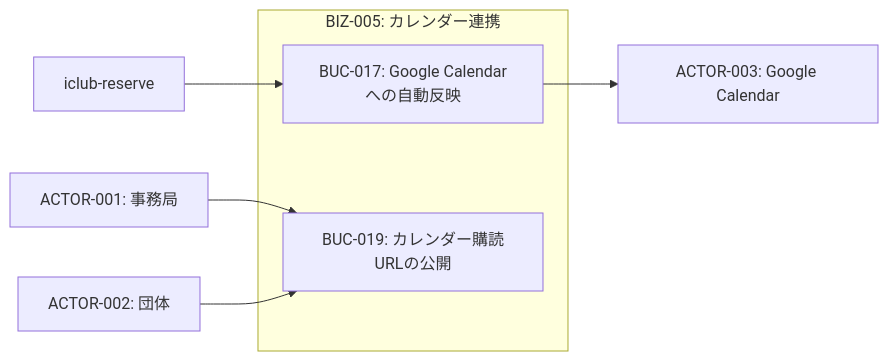
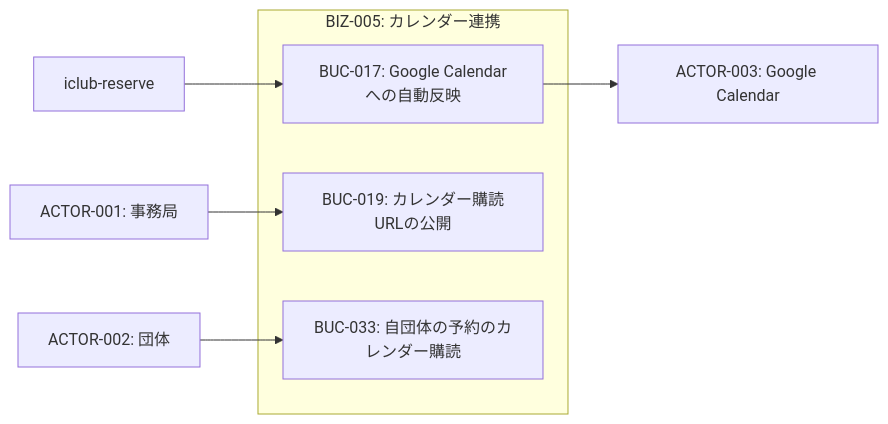
Before and after one commit to gdsc-osaka/iclub-reserve: the first of 4 diagrams in rdra/contexts/calendar-integration.md, drawn with Mermaid. The commit also changed other lines of this file and 9 other files, not shown here.

````diff
--- a/rdra/contexts/calendar-integration.md
+++ b/rdra/contexts/calendar-integration.md
@@ -111,17 +153,18 @@
 ```mermaid
 graph LR
     actor1["ACTOR-001: 事務局"]
     actor2["ACTOR-002: 団体"]
     system["iclub-reserve"]
     ext["ACTOR-003: Google Calendar"]
 
     subgraph biz5["BIZ-005: カレンダー連携"]
         buc17["BUC-017: Google Calendarへの自動反映"]
         buc19["BUC-019: カレンダー購読URLの公開"]
+        buc33["BUC-033: 自団体の予約のカレンダー購読"]
     end
 
     system --> buc17
     buc17 --> ext
     actor1 --> buc19
-    actor2 --> buc19
+    actor2 --> buc33
 ```
````
